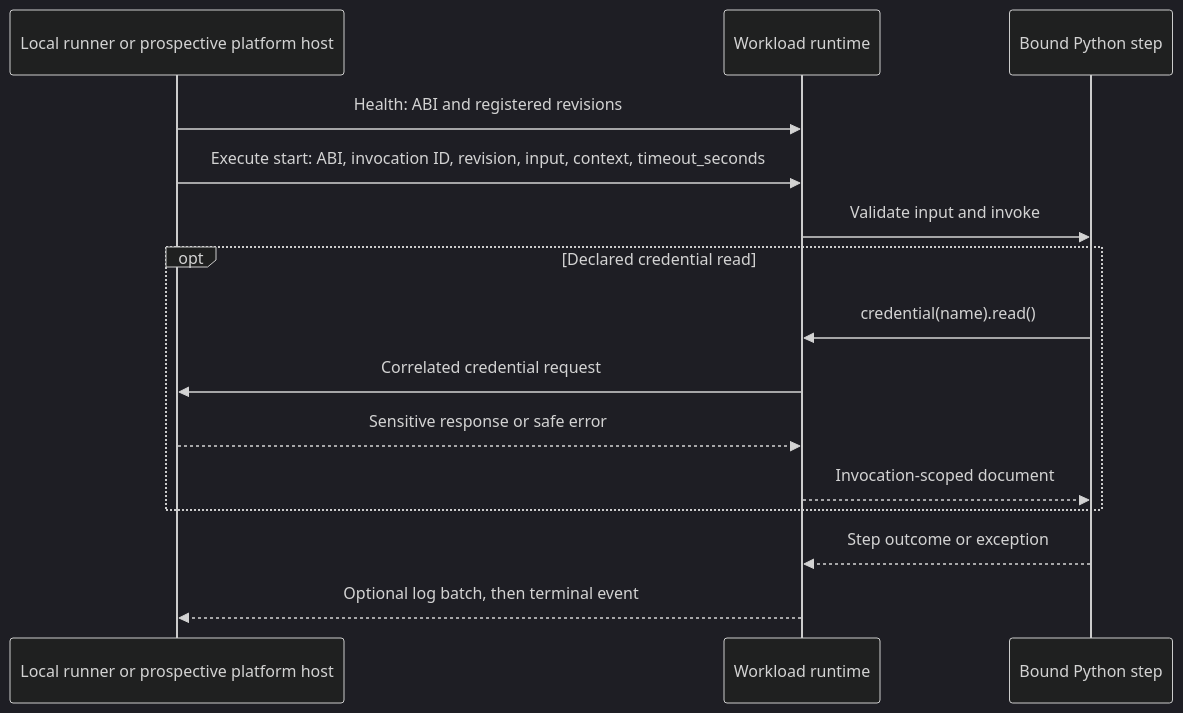
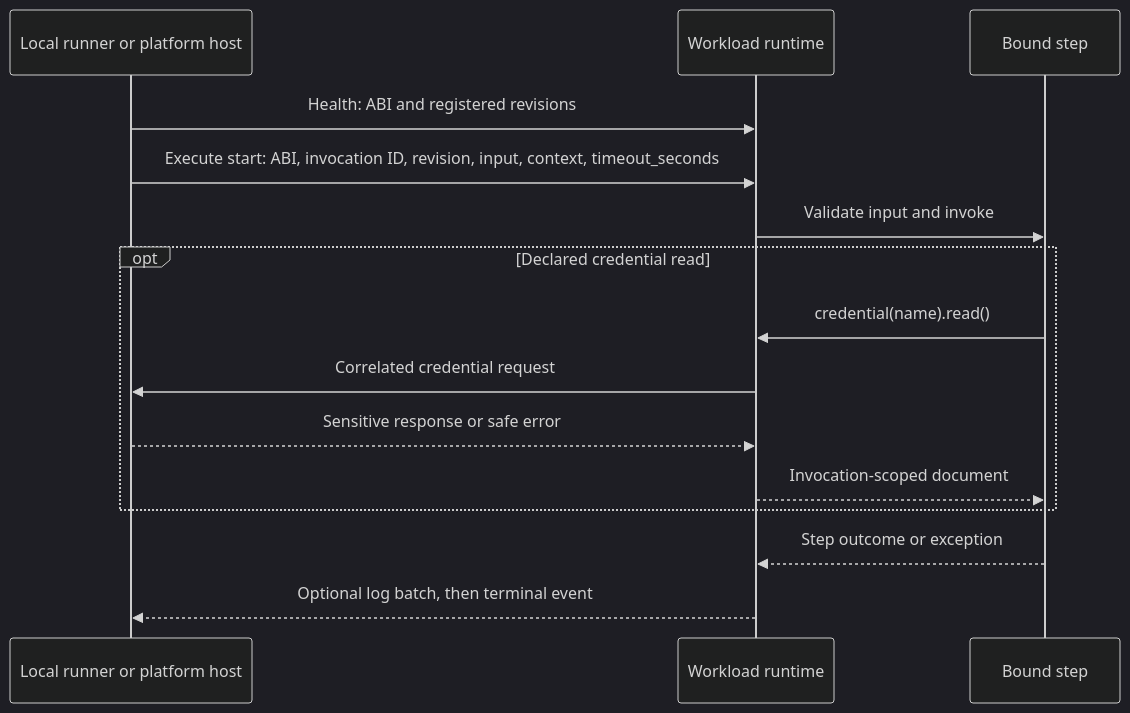
One commit to syntara-orchestration/syntara-plugin-sdk changed the fourth of 4 diagrams in docs/architecture/overview.md. Above: the diagram before and after it, drawn with Mermaid (dark theme). The commit also changed other lines of this file, not shown here.

Commit message:
docs: refresh architecture overview

````diff
--- a/docs/architecture/overview.md
+++ b/docs/architecture/overview.md
@@ -140,19 +153,19 @@
 ```mermaid
 sequenceDiagram
     accTitle: Container invocation boundary
     accDescr: A host checks health, starts a revision, answers an optional credential request, and receives a log batch and terminal outcome from the workload runtime.
-    participant Host as Local runner or prospective platform host
+    participant Host as Local runner or platform host
     participant Runtime as Workload runtime
-    participant Step as Bound Python step
+    participant Step as Bound step
     Host->>Runtime: Health: ABI and registered revisions
     Host->>Runtime: Execute start: ABI, invocation ID, revision, input, context, timeout_seconds
     Runtime->>Step: Validate input and invoke
     opt Declared credential read
         Step->>Runtime: credential(name).read()
         Runtime->>Host: Correlated credential request
         Host-->>Runtime: Sensitive response or safe error
         Runtime-->>Step: Invocation-scoped document
     end
     Step-->>Runtime: Step outcome or exception
     Runtime-->>Host: Optional log batch, then terminal event
 ```
````
